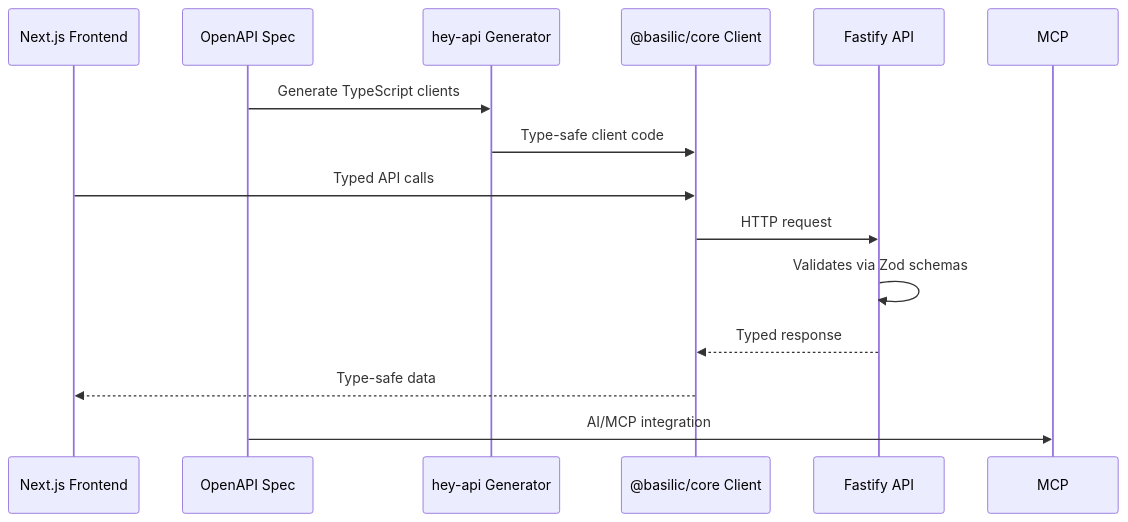
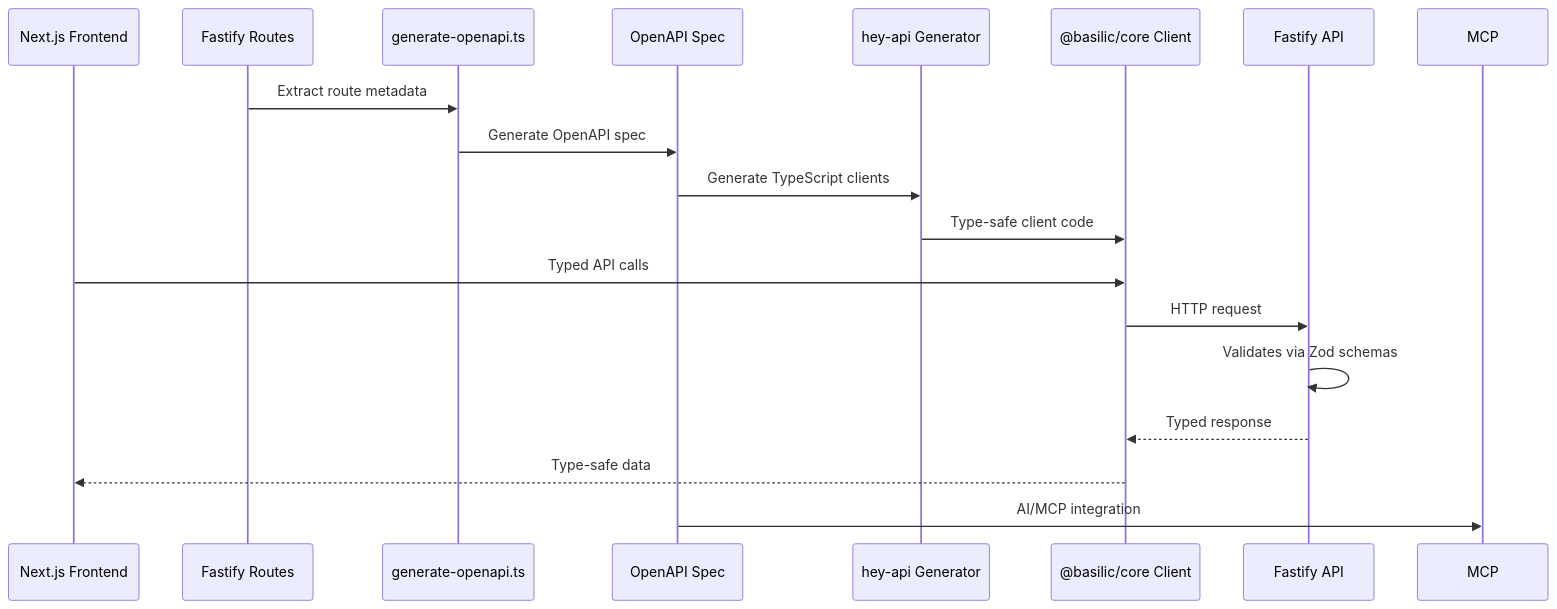
Before and after one commit to blockmatic/basilic-evm: the diagram in apps/docs/content/docs/architecture/api-contracts.mdx, drawn with Mermaid. The commit also changed other lines of this file and 21 other files, not shown here.

````diff
--- a/apps/docs/content/docs/architecture/api-contracts.mdx
+++ b/apps/docs/content/docs/architecture/api-contracts.mdx
@@ -30,17 +31,21 @@
 ```mermaid
 sequenceDiagram
   participant Frontend as Next.js Frontend
+  participant Routes as Fastify Routes
+  participant OpenAPIGen as generate-openapi.ts
   participant OpenAPI as OpenAPI Spec
   participant Generator as hey-api Generator
   participant Client as @basilic/core Client
   participant API as Fastify API
 
+  Routes->>OpenAPIGen: Extract route metadata
+  OpenAPIGen->>OpenAPI: Generate OpenAPI spec
   OpenAPI->>Generator: Generate TypeScript clients
   Generator->>Client: Type-safe client code
   Frontend->>Client: Typed API calls
   Client->>API: HTTP request
   API->>API: Validates via Zod schemas
   API-->>Client: Typed response
   Client-->>Frontend: Type-safe data
   OpenAPI->>MCP: AI/MCP integration
 ```
````
